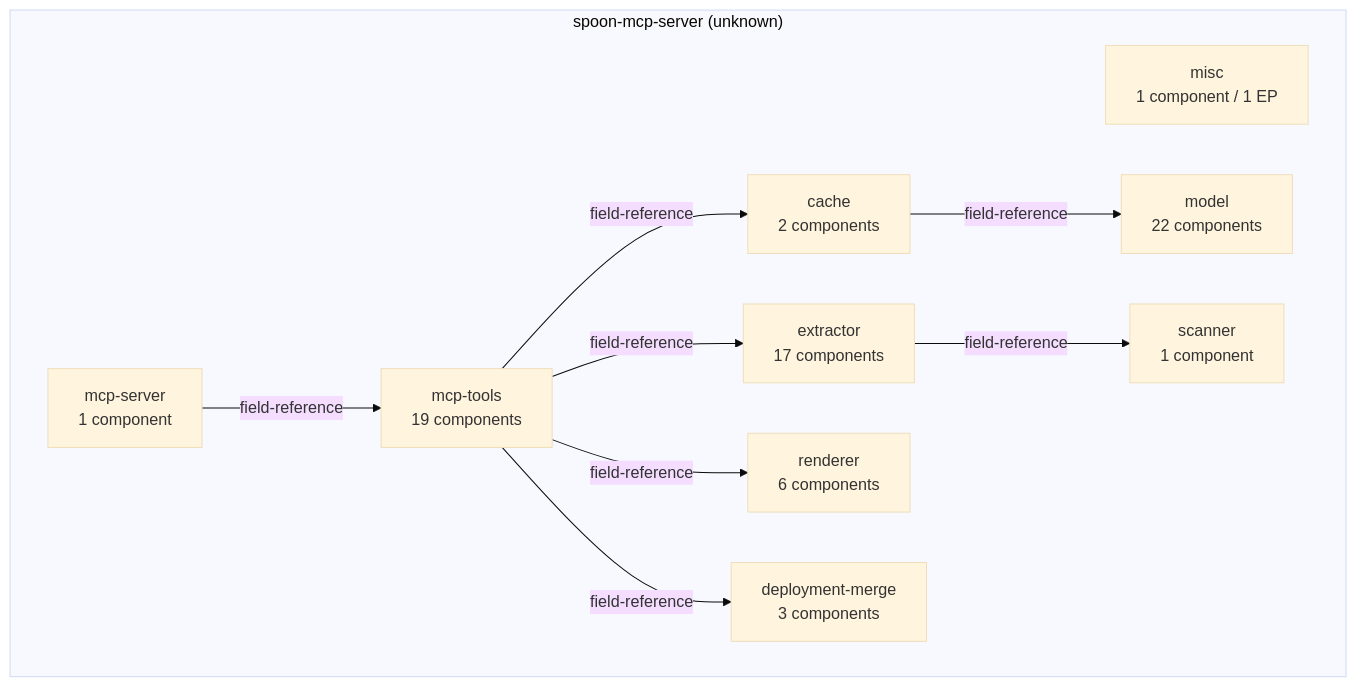
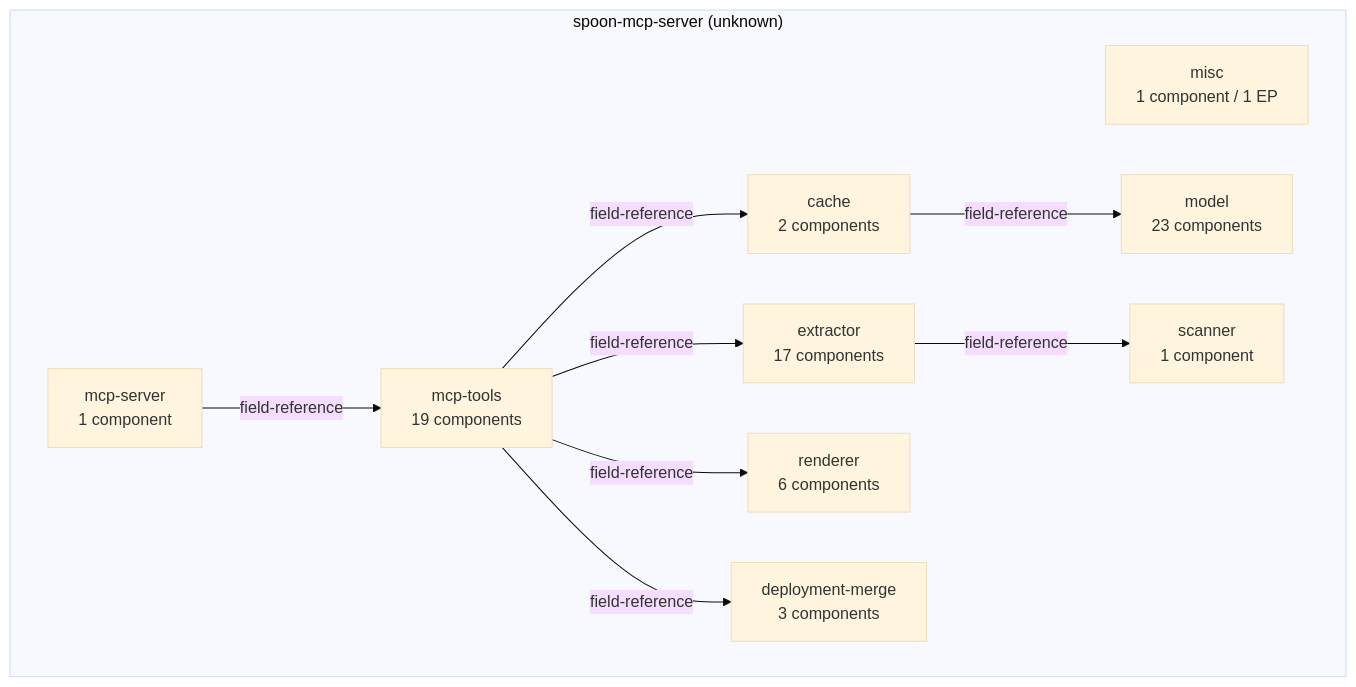
The third of 5 diagrams in docs/ARCHITECTURE.md (DerPate/archlens), drawn with Mermaid (base theme) before and after one commit. The commit also changed other lines of this file and 17 other files, not shown here.

````diff
--- a/docs/ARCHITECTURE.md
+++ b/docs/ARCHITECTURE.md
@@ -380,21 +384,21 @@
 ```mermaid
 flowchart TD
     subgraph app_spoon_mcp_server["spoon-mcp-server (unknown)"]
         container_app_spoon_mcp_server_misc["misc\n1 component / 1 EP"]
         container_app_spoon_mcp_server_cache["cache\n2 components"]
         container_app_spoon_mcp_server_extractor["extractor\n17 components"]
         container_app_spoon_mcp_server_mcp_server["mcp-server\n1 component"]
         container_app_spoon_mcp_server_mcp_tools["mcp-tools\n19 components"]
         container_app_spoon_mcp_server_deployment_merge["deployment-merge\n3 components"]
-        container_app_spoon_mcp_server_model["model\n22 components"]
+        container_app_spoon_mcp_server_model["model\n23 components"]
         container_app_spoon_mcp_server_renderer["renderer\n6 components"]
         container_app_spoon_mcp_server_scanner["scanner\n1 component"]
     end
     container_app_spoon_mcp_server_cache -->|field-reference| container_app_spoon_mcp_server_model
     container_app_spoon_mcp_server_extractor -->|field-reference| container_app_spoon_mcp_server_scanner
     container_app_spoon_mcp_server_mcp_server -->|field-reference| container_app_spoon_mcp_server_mcp_tools
     container_app_spoon_mcp_server_mcp_tools -->|field-reference| container_app_spoon_mcp_server_cache
     container_app_spoon_mcp_server_mcp_tools -->|field-reference| container_app_spoon_mcp_server_extractor
     container_app_spoon_mcp_server_mcp_tools -->|field-reference| container_app_spoon_mcp_server_renderer
     container_app_spoon_mcp_server_mcp_tools -->|field-reference| container_app_spoon_mcp_server_deployment_merge
 ```
````
